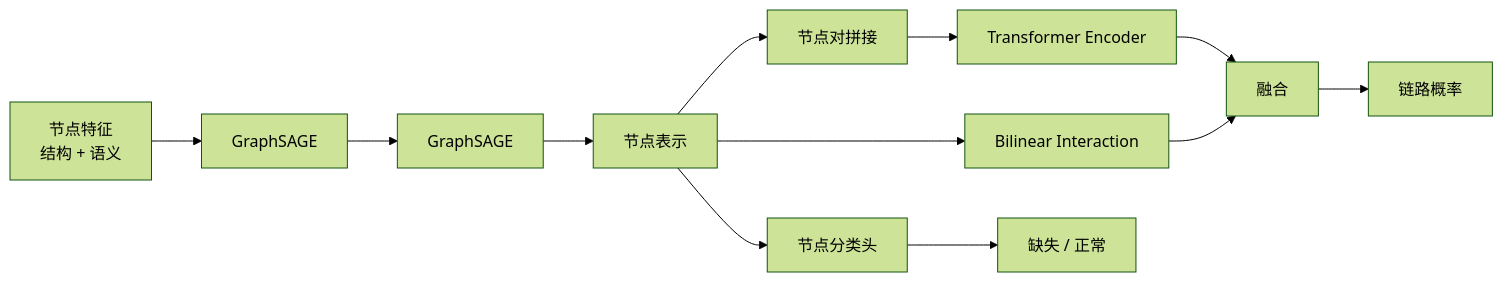
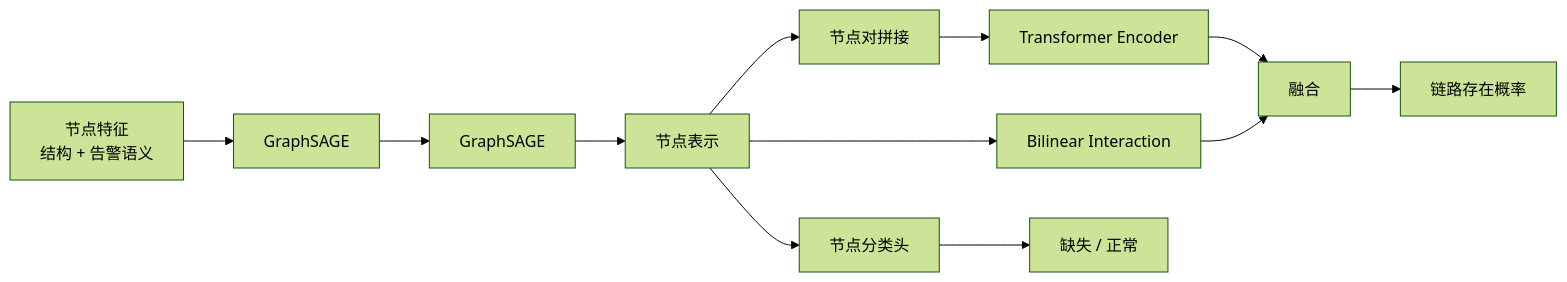
The second of 4 diagrams in readme.md (Xu0225/GNN_LLM_EXP), drawn with Mermaid (forest theme) before and after one commit. The commit also changed other lines of this file, not shown here.

```diff
--- a/readme.md
+++ b/readme.md
@@ -209,18 +211,18 @@
 ~~~mermaid
 flowchart LR
-    X["节点特征<br/>结构 + 语义"]
+    X["节点特征<br/>结构 + 告警语义"]
     X --> S1["GraphSAGE"]
     S1 --> S2["GraphSAGE"]
     S2 --> Z["节点表示"]
 
     Z --> C["节点对拼接"]
     C --> TR["Transformer Encoder"]
     Z --> BI["Bilinear Interaction"]
 
     TR --> M["融合"]
     BI --> M
-    M --> P["链路概率"]
+    M --> P["链路存在概率"]
 
     Z --> N["节点分类头"]
     N --> R["缺失 / 正常"]
 ~~~
```
